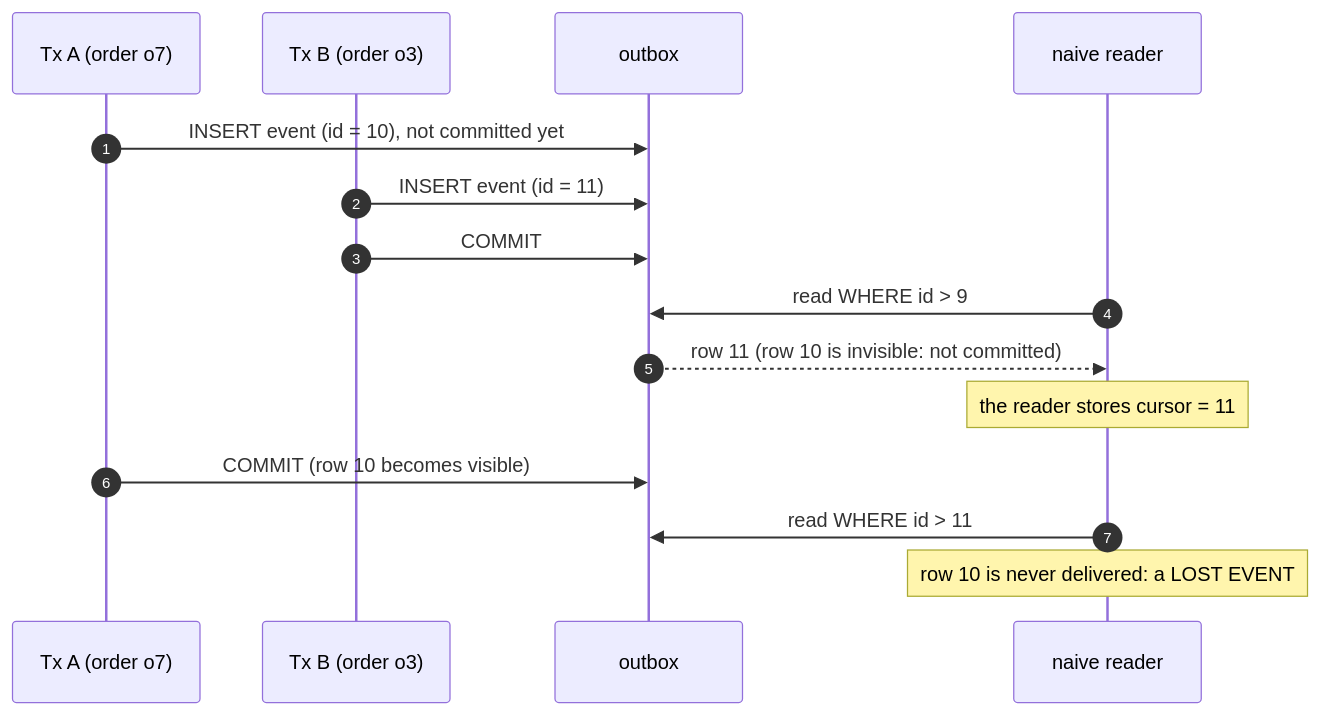
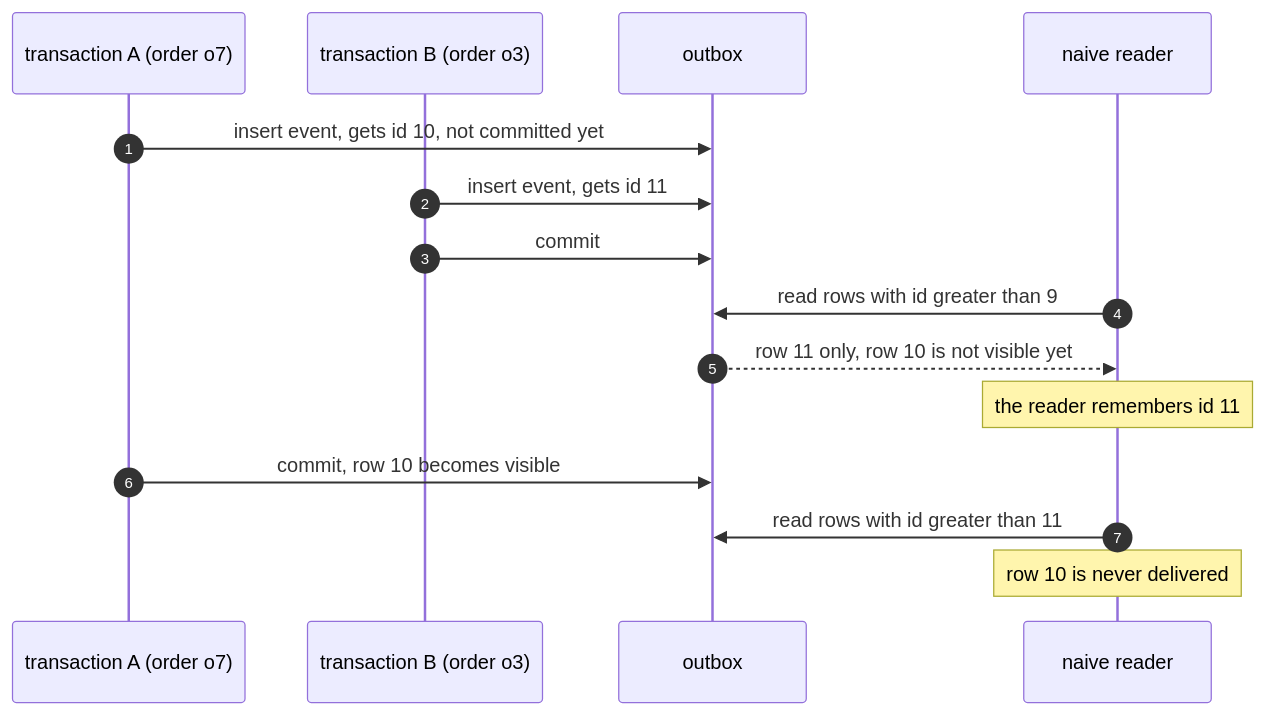
One commit to eugenezimin/z-event changed the fourth of 17 diagrams in DESIGN.md. Above: the diagram before and after it, drawn with Mermaid. The commit also changed other lines of this file and 6 other files, not shown here.

````diff
--- a/DESIGN.md
+++ b/DESIGN.md
@@ -154,18 +170,18 @@
 ```mermaid
 sequenceDiagram
     autonumber
-    participant A as Tx A (order o7)
-    participant B as Tx B (order o3)
+    participant A as transaction A (order o7)
+    participant B as transaction B (order o3)
     participant OB as outbox
     participant R as naive reader
 
-    A->>OB: INSERT event (id = 10), not committed yet
-    B->>OB: INSERT event (id = 11)
-    B->>OB: COMMIT
-    R->>OB: read WHERE id > 9
-    OB-->>R: row 11 (row 10 is invisible: not committed)
-    Note over R: the reader stores cursor = 11
-    A->>OB: COMMIT (row 10 becomes visible)
-    R->>OB: read WHERE id > 11
-    Note over R: row 10 is never delivered: a LOST EVENT
+    A->>OB: insert event, gets id 10, not committed yet
+    B->>OB: insert event, gets id 11
+    B->>OB: commit
+    R->>OB: read rows with id greater than 9
+    OB-->>R: row 11 only, row 10 is not visible yet
+    Note over R: the reader remembers id 11
+    A->>OB: commit, row 10 becomes visible
+    R->>OB: read rows with id greater than 11
+    Note over R: row 10 is never delivered
 ```
````
